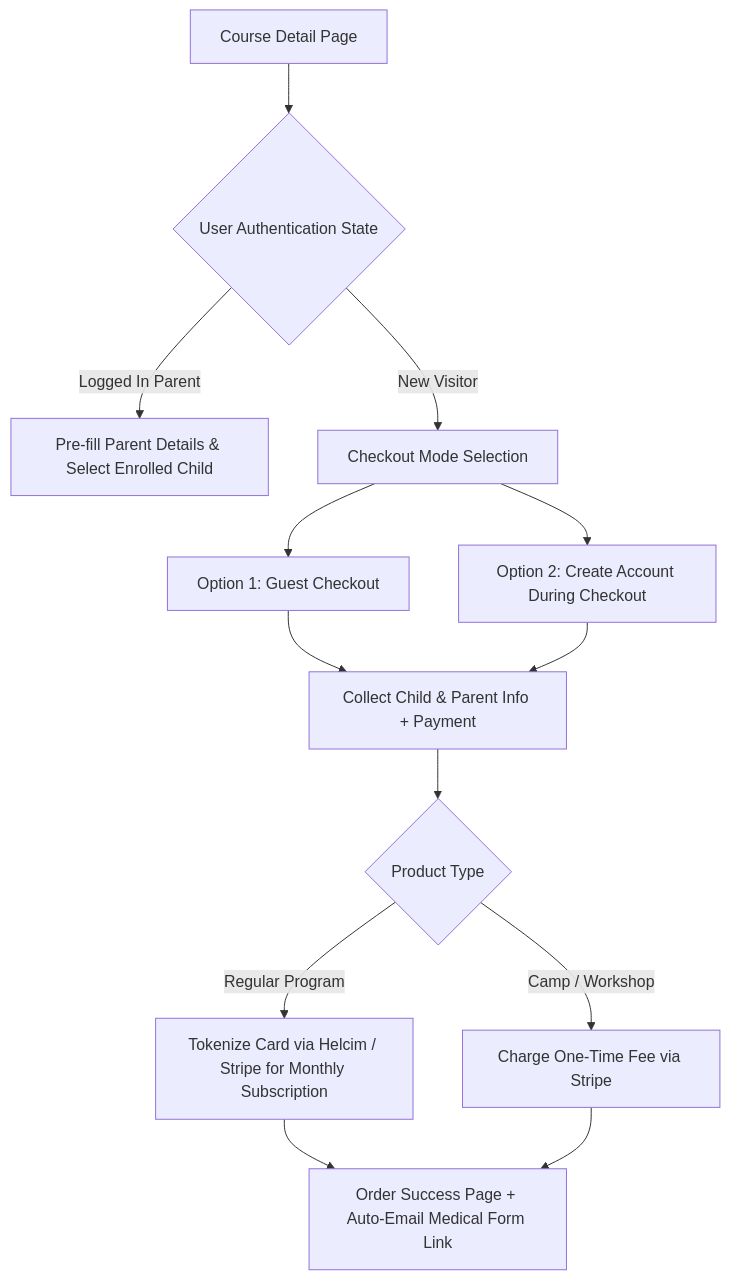
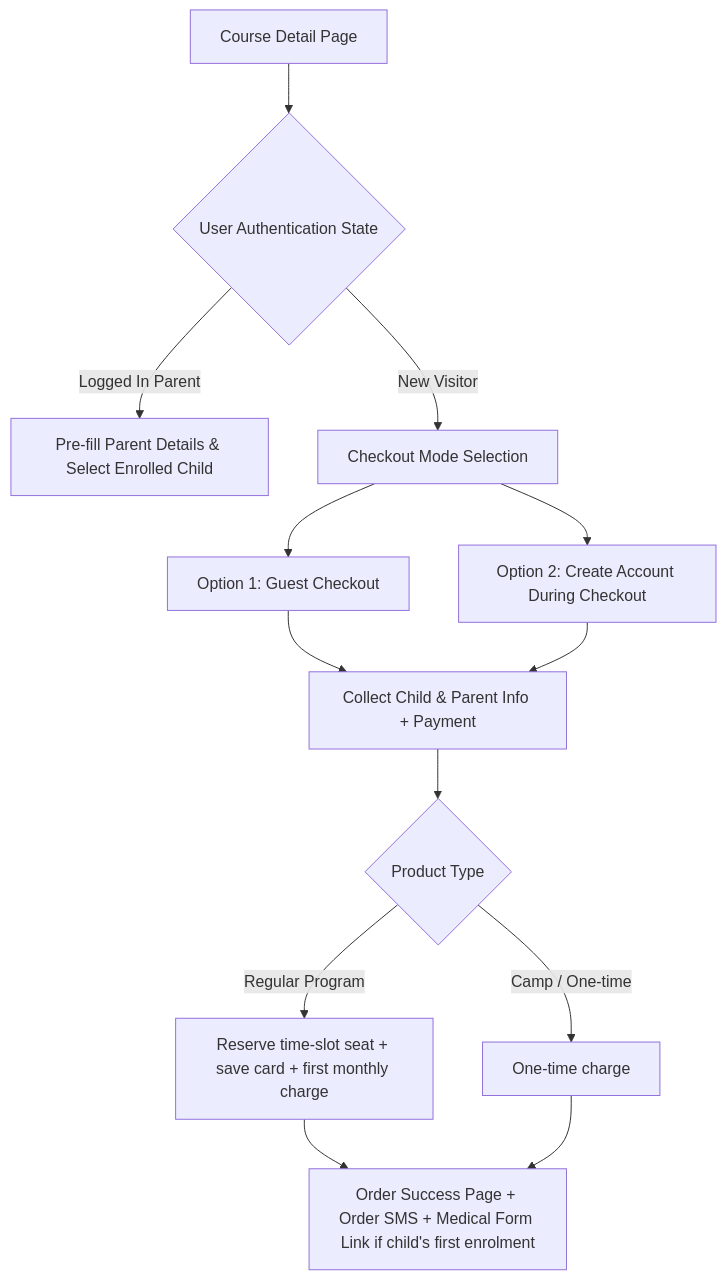
The first of 2 diagrams in STEMOTICS_R&D_Documentation/DOC/Phase-05-Registration-Checkout.md (sohailamir06/STEMOTICS-Website-CMS), drawn with Mermaid before and after one commit. The commit also changed other lines of this file and 12 other files, not shown here.

````diff
--- a/STEMOTICS_R&D_Documentation/DOC/Phase-05-Registration-Checkout.md
+++ b/STEMOTICS_R&D_Documentation/DOC/Phase-05-Registration-Checkout.md
@@ -13,15 +13,15 @@
 ```mermaid
 graph TD
     A[Course Detail Page] --> B{User Authentication State}
     B -->|Logged In Parent| C[Pre-fill Parent Details & Select Enrolled Child]
     B -->|New Visitor| D[Checkout Mode Selection]
     D --> E[Option 1: Guest Checkout]
     D --> F[Option 2: Create Account During Checkout]
     
     E --> G[Collect Child & Parent Info + Payment]
     F --> G
     G --> H{Product Type}
-    H -->|Regular Program| I[Tokenize Card via Helcim / Stripe for Monthly Subscription]
-    H -->|Camp / Workshop| J[Charge One-Time Fee via Stripe]
-    I & J --> K[Order Success Page + Auto-Email Medical Form Link]
+    H -->|Regular Program| I[Reserve time-slot seat + save card + first monthly charge]
+    H -->|Camp / One-time| J[One-time charge]
+    I & J --> K[Order Success Page + Order SMS + Medical Form Link if child's first enrolment]
 ```
````
